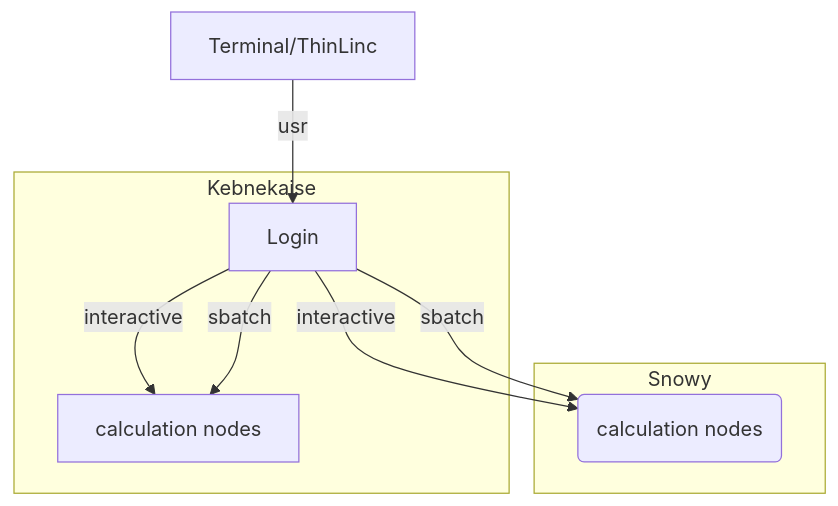
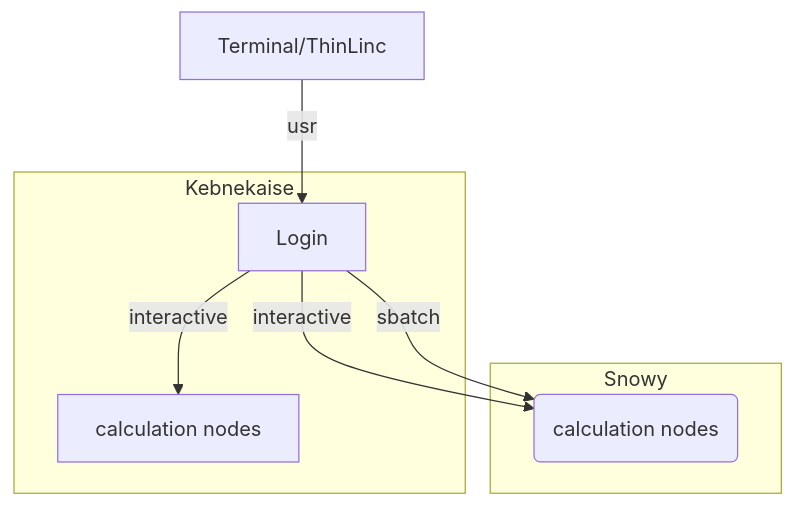
Before and after one commit to UPPMAX/R-python-julia-matlab-HPC: the diagram in docs/mermaid/kebnekaise.mmd, drawn with Mermaid.

```diff
--- a/docs/mermaid/kebnekaise.mmd
+++ b/docs/mermaid/kebnekaise.mmd
@@ -1,15 +1,14 @@
  graph TB
 
   Node1 -- interactive --> SubGraph2Flow
   Node1 -- sbatch --> SubGraph2Flow
   subgraph "Snowy"
   SubGraph2Flow(calculation nodes) 
         end
 
         Terminal/ThinLinc -- usr --> Node1
         
 
         subgraph "Kebnekaise"
         Node1[Login] -- interactive --> Node2[calculation nodes]
-        Node1 -- sbatch --> Node2
         end
```
